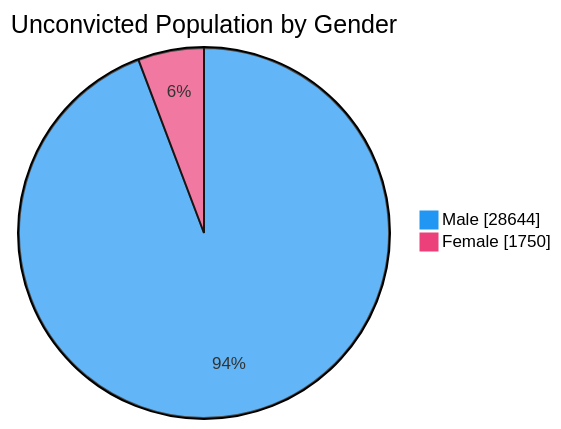
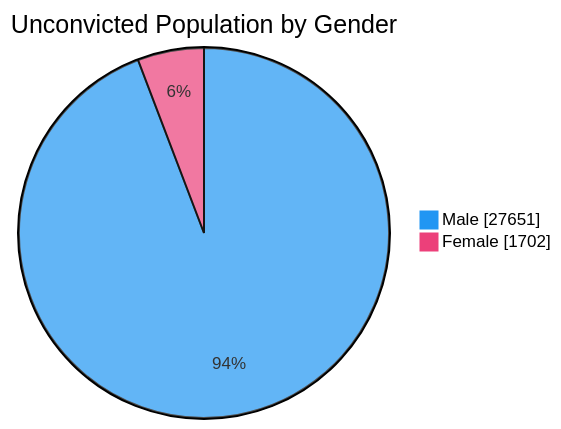
One commit to nuuuwan/lk_prisons changed the fourth of 7 diagrams in README.md. Above: the diagram before and after it, drawn with Mermaid. The commit also changed other lines of this file and 1 other file, not shown here.

````diff
--- a/README.md
+++ b/README.md
@@ -76,6 +76,6 @@
 ```mermaid
 %%{init: {'themeVariables': {'pie1': '#2196F3', 'pie2': '#EC407A'}}}%%
 pie showData title Unconvicted Population by Gender
-    "Male" : 28644
-    "Female" : 1750
+    "Male" : 27651
+    "Female" : 1702
 ```
````
